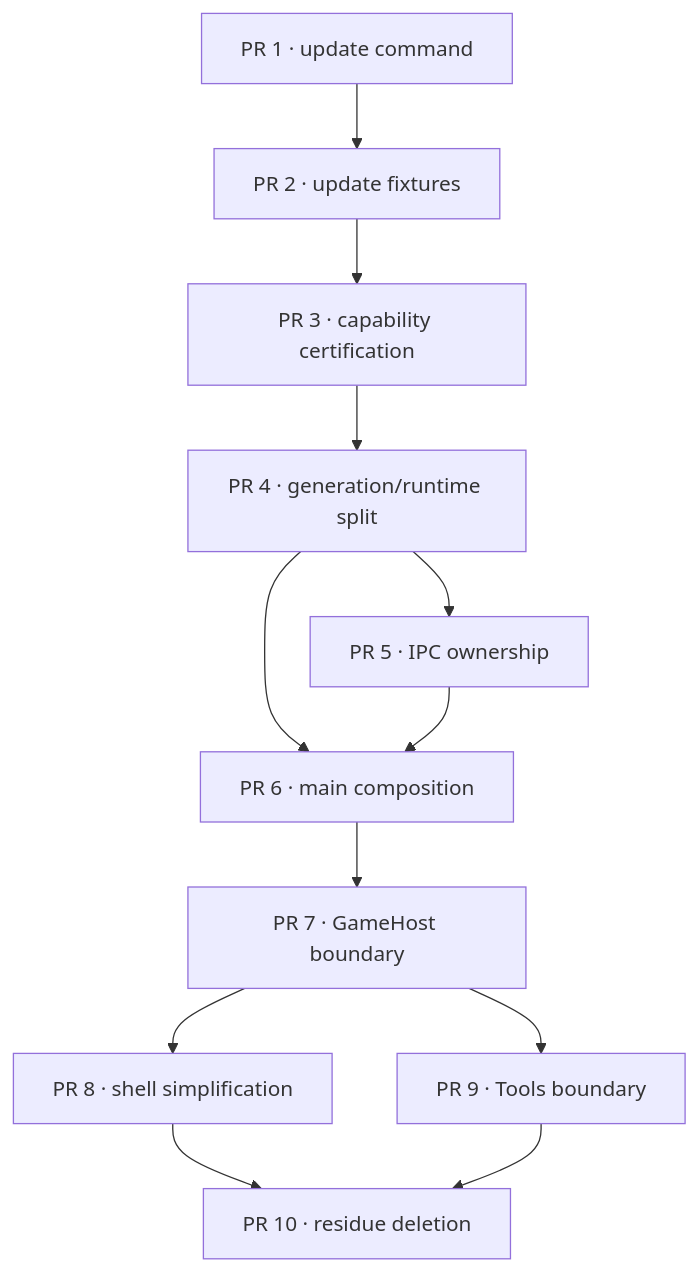
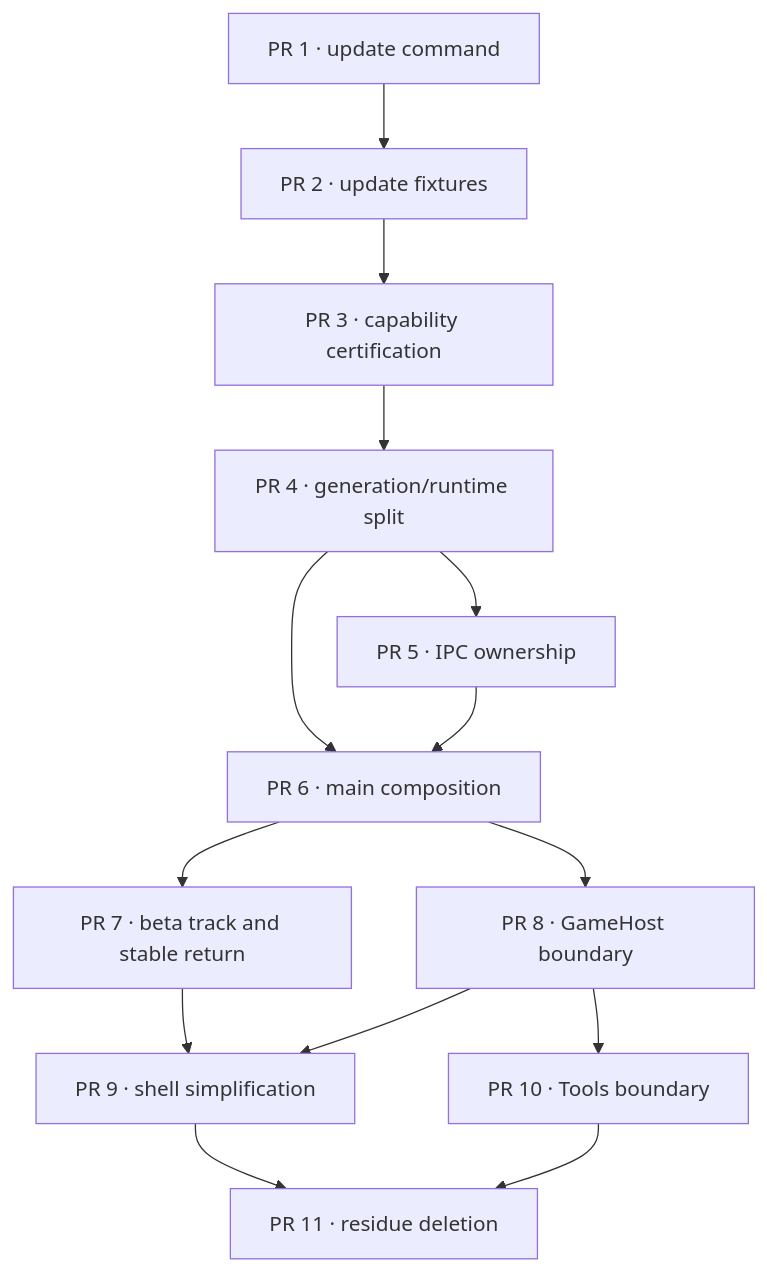
One commit to Mat4m0/gwonmac changed the second of 2 diagrams in plans/full-refactor-optimization.md. Above: the diagram before and after it, drawn with Mermaid. The commit also changed other lines of this file, not shown here.

Commit message:
feat(plans): update refactor and optimization plan with public beta track and rollback safety

````diff
--- a/plans/full-refactor-optimization.md
+++ b/plans/full-refactor-optimization.md
@@ -353,14 +416,16 @@
 ```mermaid
 flowchart TD
     P1["PR 1 · update command"] --> P2["PR 2 · update fixtures"]
     P2 --> P3["PR 3 · capability certification"]
     P3 --> P4["PR 4 · generation/runtime split"]
     P4 --> P5["PR 5 · IPC ownership"]
     P4 --> P6["PR 6 · main composition"]
     P5 --> P6
-    P6 --> P7["PR 7 · GameHost boundary"]
-    P7 --> P8["PR 8 · shell simplification"]
-    P7 --> P9["PR 9 · Tools boundary"]
-    P8 --> P10["PR 10 · residue deletion"]
-    P9 --> P10
+    P6 --> P7["PR 7 · beta track and stable return"]
+    P6 --> P8["PR 8 · GameHost boundary"]
+    P7 --> P9["PR 9 · shell simplification"]
+    P8 --> P9
+    P8 --> P10["PR 10 · Tools boundary"]
+    P9 --> P11["PR 11 · residue deletion"]
+    P10 --> P11
 ```
````
